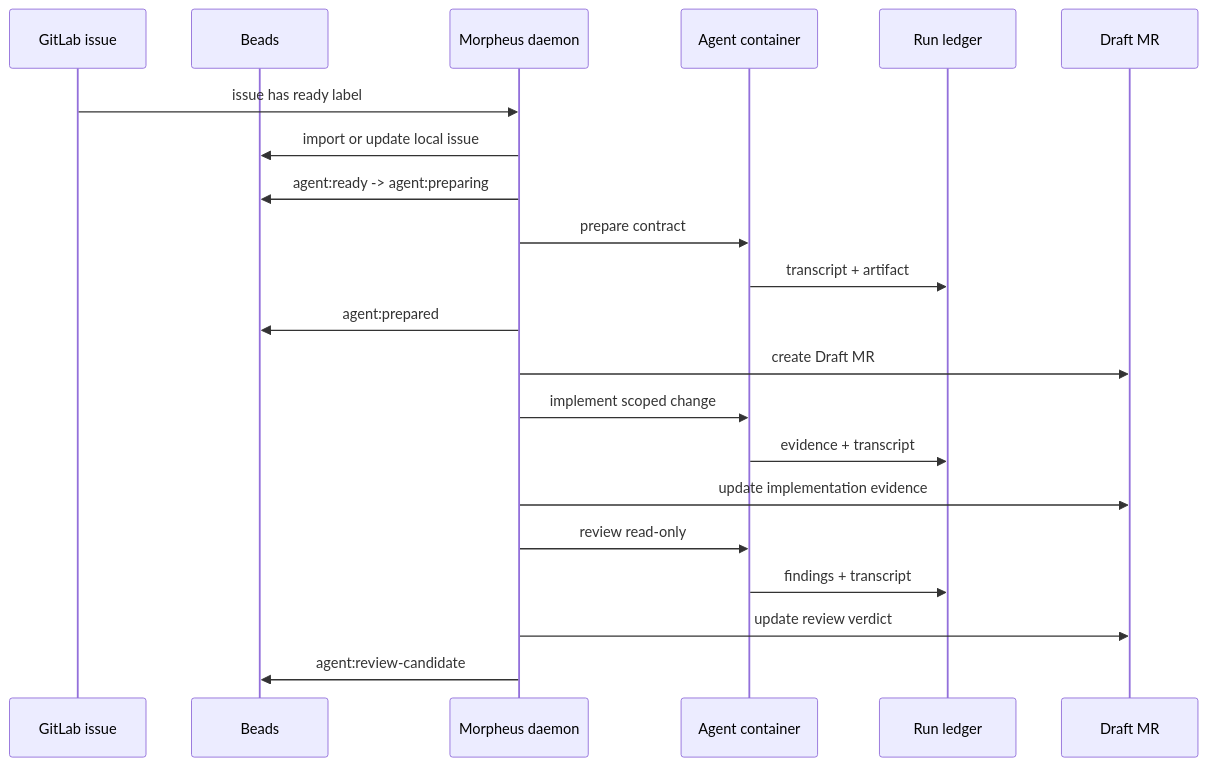
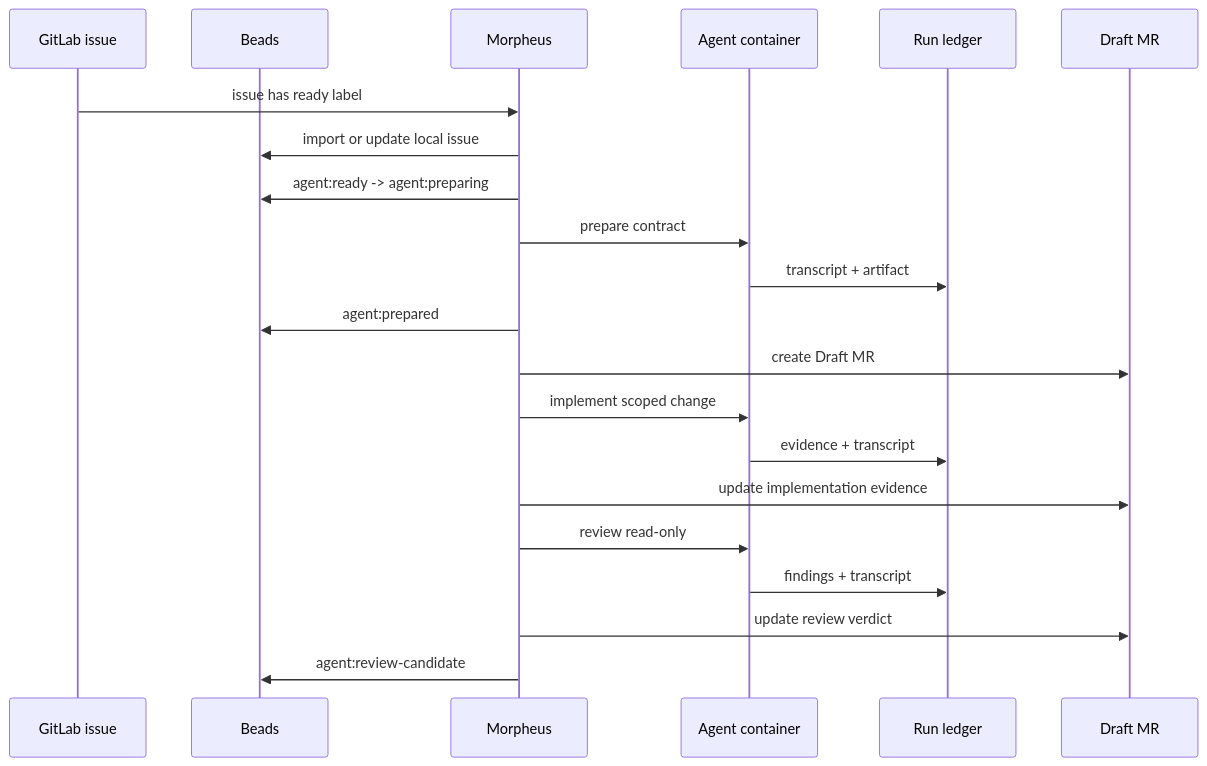
The second of 2 diagrams in README.md (NickSuomi/morpheus), drawn with Mermaid before and after one commit. The commit also changed other lines of this file and 12 other files, not shown here.

````diff
--- a/README.md
+++ b/README.md
@@ -102,24 +100,24 @@
 ```mermaid
 sequenceDiagram
   participant G as GitLab issue
   participant B as Beads
-  participant M as Morpheus daemon
+  participant M as Morpheus
   participant A as Agent container
   participant L as Run ledger
   participant R as Draft MR
 
   G->>M: issue has ready label
   M->>B: import or update local issue
   M->>B: agent:ready -> agent:preparing
   M->>A: prepare contract
   A->>L: transcript + artifact
   M->>B: agent:prepared
   M->>R: create Draft MR
   M->>A: implement scoped change
   A->>L: evidence + transcript
   M->>R: update implementation evidence
   M->>A: review read-only
   A->>L: findings + transcript
   M->>R: update review verdict
   M->>B: agent:review-candidate
 ```
````
